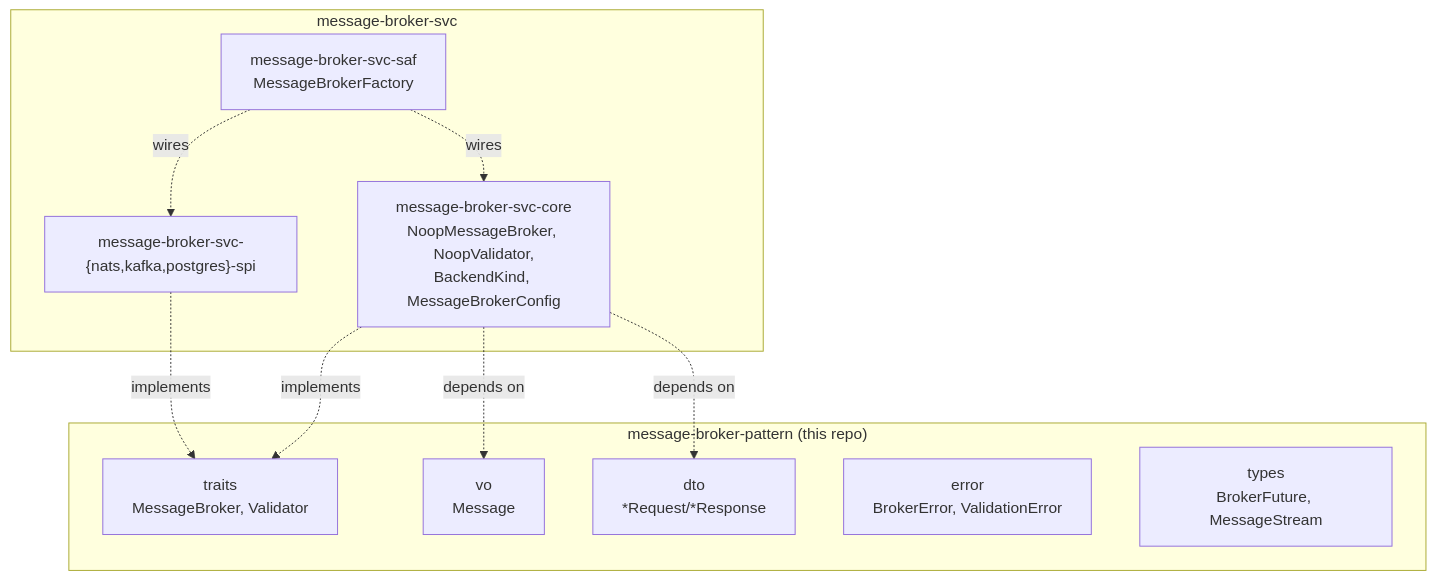
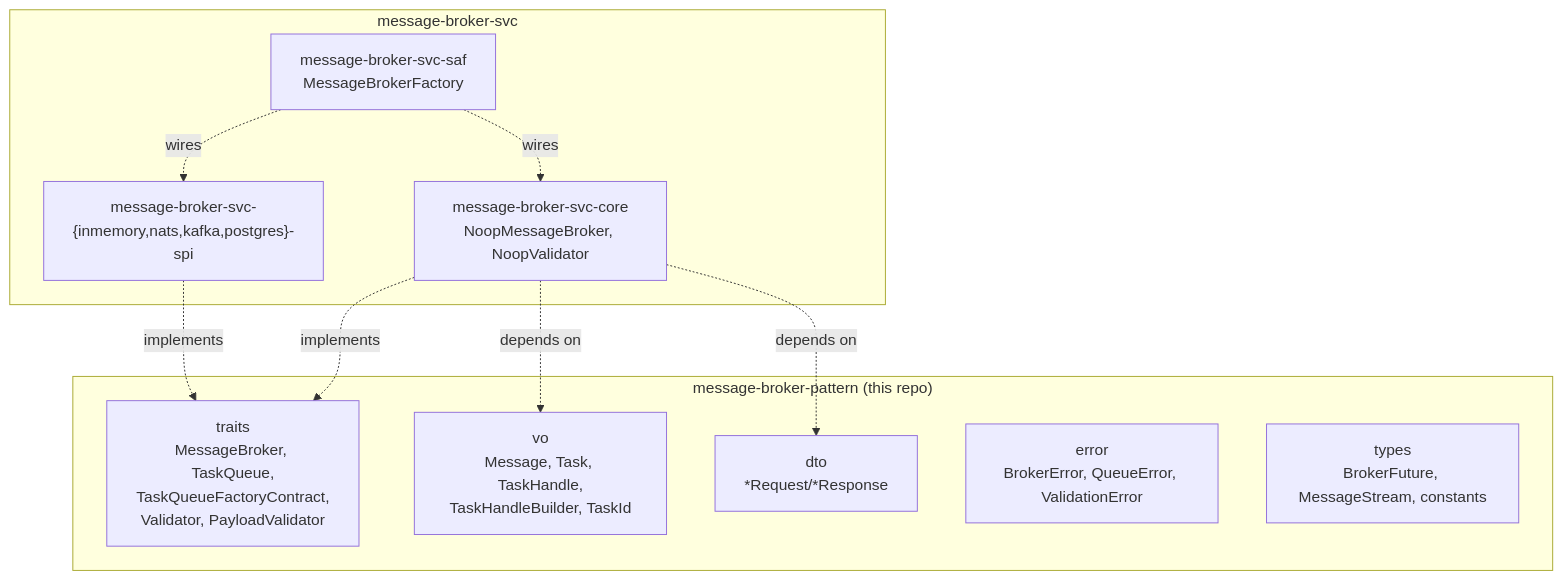
The diagram in docs/3-design/architecture.md (sweengineeringlabs/message-broker-pattern), drawn with Mermaid before and after one commit. The commit also changed other lines of this file and 24 other files, not shown here.

````diff
--- a/docs/3-design/architecture.md
+++ b/docs/3-design/architecture.md
@@ -27,23 +37,23 @@
 ```mermaid
 flowchart TD
     subgraph pattern["message-broker-pattern (this repo)"]
-        traits["traits<br/>MessageBroker, Validator"]
-        vo["vo<br/>Message"]
+        traits["traits<br/>MessageBroker, TaskQueue,<br/>TaskQueueFactoryContract,<br/>Validator, PayloadValidator"]
+        vo["vo<br/>Message, Task, TaskHandle,<br/>TaskHandleBuilder, TaskId"]
         dto["dto<br/>*Request/*Response"]
-        error["error<br/>BrokerError, ValidationError"]
-        types["types<br/>BrokerFuture, MessageStream"]
+        error["error<br/>BrokerError, QueueError, ValidationError"]
+        types["types<br/>BrokerFuture, MessageStream, constants"]
     end
 
     subgraph svc["message-broker-svc"]
-        core["message-broker-svc-core<br/>NoopMessageBroker, NoopValidator,<br/>BackendKind, MessageBrokerConfig"]
-        spi["message-broker-svc-{nats,kafka,postgres}-spi"]
+        core["message-broker-svc-core<br/>NoopMessageBroker, NoopValidator"]
+        spi["message-broker-svc-{inmemory,nats,kafka,postgres}-spi"]
         saf["message-broker-svc-saf<br/>MessageBrokerFactory"]
     end
 
     core -.->|implements| traits
     spi -.->|implements| traits
     core -.->|depends on| vo
     core -.->|depends on| dto
     saf -.->|wires| core
     saf -.->|wires| spi
 ```
````
